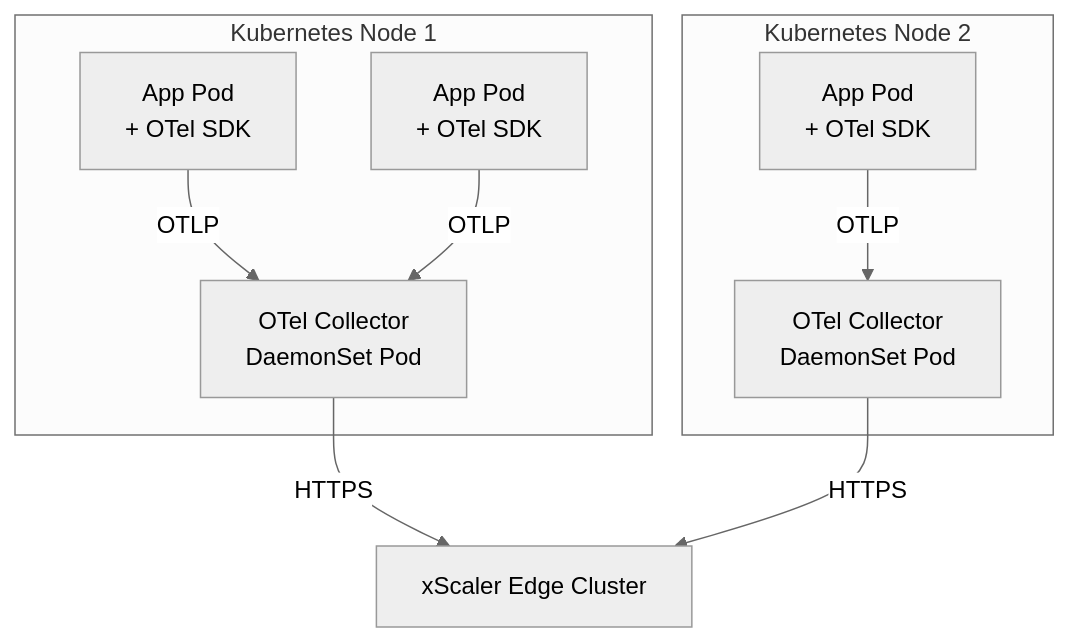
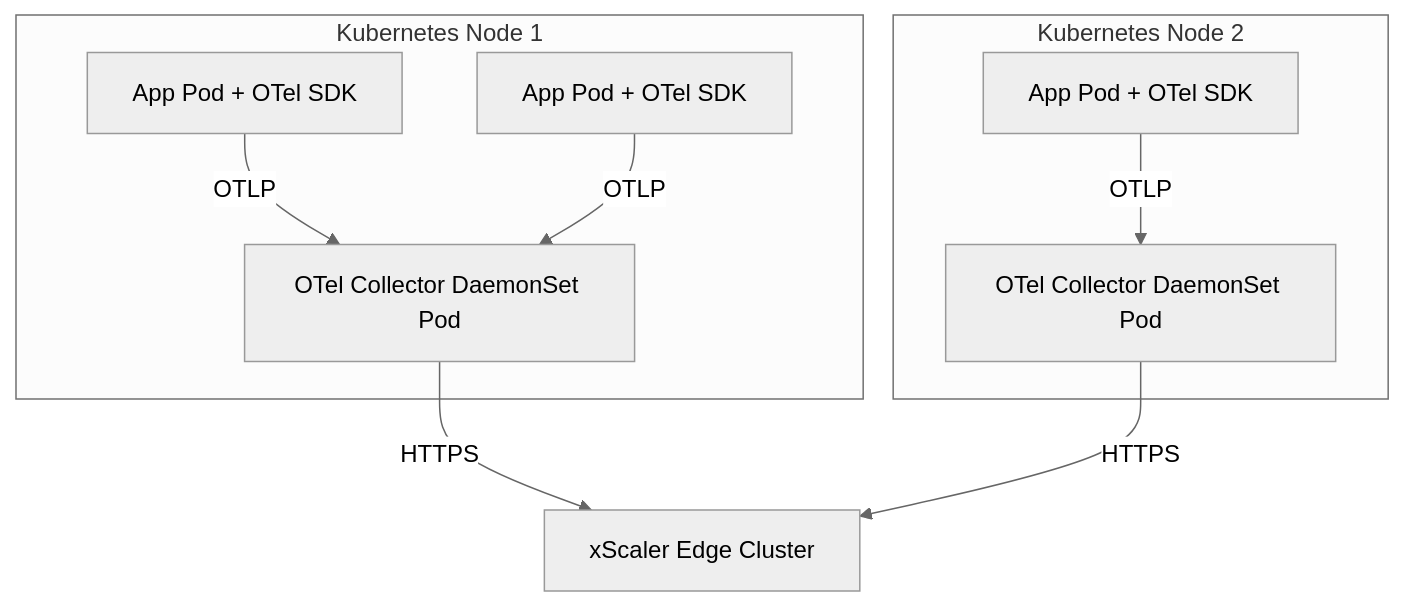
Before and after one commit to xscaler/training: the second of 4 diagrams in docs/session-2/deployment-models.md, drawn with Mermaid (neutral theme). The commit also changed other lines of this file and 38 other files, not shown here.

First line of the commit message:
Remove internal content, fix Mermaid diagrams, and rewrite labs as customer-facing exercises

````diff
--- a/docs/session-2/deployment-models.md
+++ b/docs/session-2/deployment-models.md
@@ -64,12 +64,12 @@
 ```mermaid
 graph TB
     subgraph "Kubernetes Node 1"
-        APP1[App Pod\n+ OTel SDK] -->|OTLP| COL1[OTel Collector\nDaemonSet Pod]
-        APP2[App Pod\n+ OTel SDK] -->|OTLP| COL1
+        APP1[App Pod + OTel SDK] -->|OTLP| COL1[OTel Collector DaemonSet Pod]
+        APP2[App Pod + OTel SDK] -->|OTLP| COL1
     end
     subgraph "Kubernetes Node 2"
-        APP3[App Pod\n+ OTel SDK] -->|OTLP| COL2[OTel Collector\nDaemonSet Pod]
+        APP3[App Pod + OTel SDK] -->|OTLP| COL2[OTel Collector DaemonSet Pod]
     end
 
     COL1 & COL2 -->|HTTPS| XS[xScaler Edge Cluster]
 ```
````
